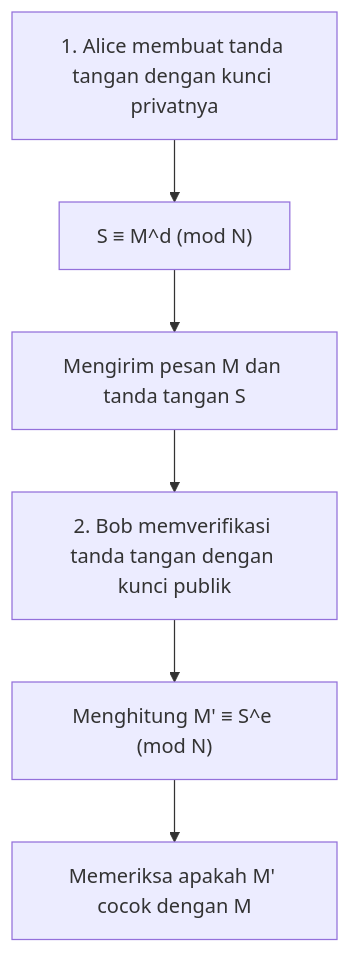
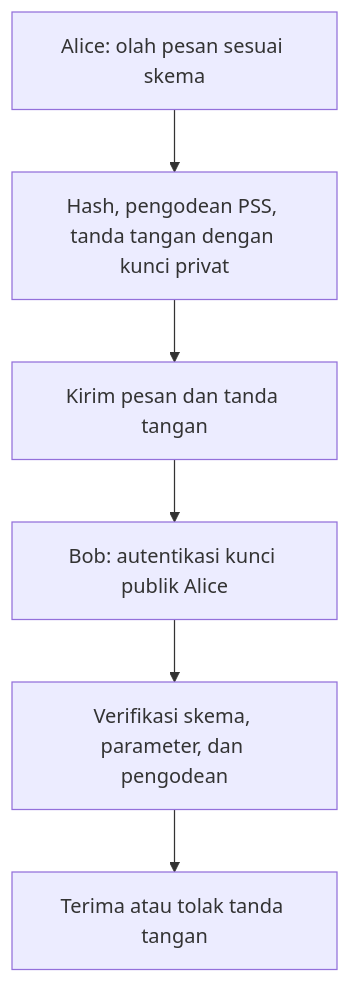
Before and after one commit to kenjinote/blog: the third of 3 diagrams in content/post/rsa暗号の仕組みを高校生でもわかるように説明する/index.id.md, drawn with Mermaid. The commit also changed other lines of this file and 5 other files, not shown here.

````diff
--- a/content/post/rsa暗号の仕組みを高校生でもわかるように説明する/index.id.md
+++ b/content/post/rsa暗号の仕組みを高校生でもわかるように説明する/index.id.md
@@ -291,9 +169,8 @@
 ```mermaid
 flowchart TD
-    A1["1. Alice membuat tanda tangan dengan kunci privatnya"] --> A2["S ≡ M^d (mod N)"]
-    A2 --> A3["Mengirim pesan M dan tanda tangan S"]
-    
-    A3 --> B1["2. Bob memverifikasi tanda tangan dengan kunci publik"]
-    B1 --> B2["Menghitung M' ≡ S^e (mod N)"]
-    B2 --> B3["Memeriksa apakah M' cocok dengan M"]
+    A1["Alice: olah pesan sesuai skema"] --> A2["Hash, pengodean PSS, tanda tangan dengan kunci privat"]
+    A2 --> A3["Kirim pesan dan tanda tangan"]
+    A3 --> B1["Bob: autentikasi kunci publik Alice"]
+    B1 --> B2["Verifikasi skema, parameter, dan pengodean"]
+    B2 --> B3["Terima atau tolak tanda tangan"]
 ```
````
